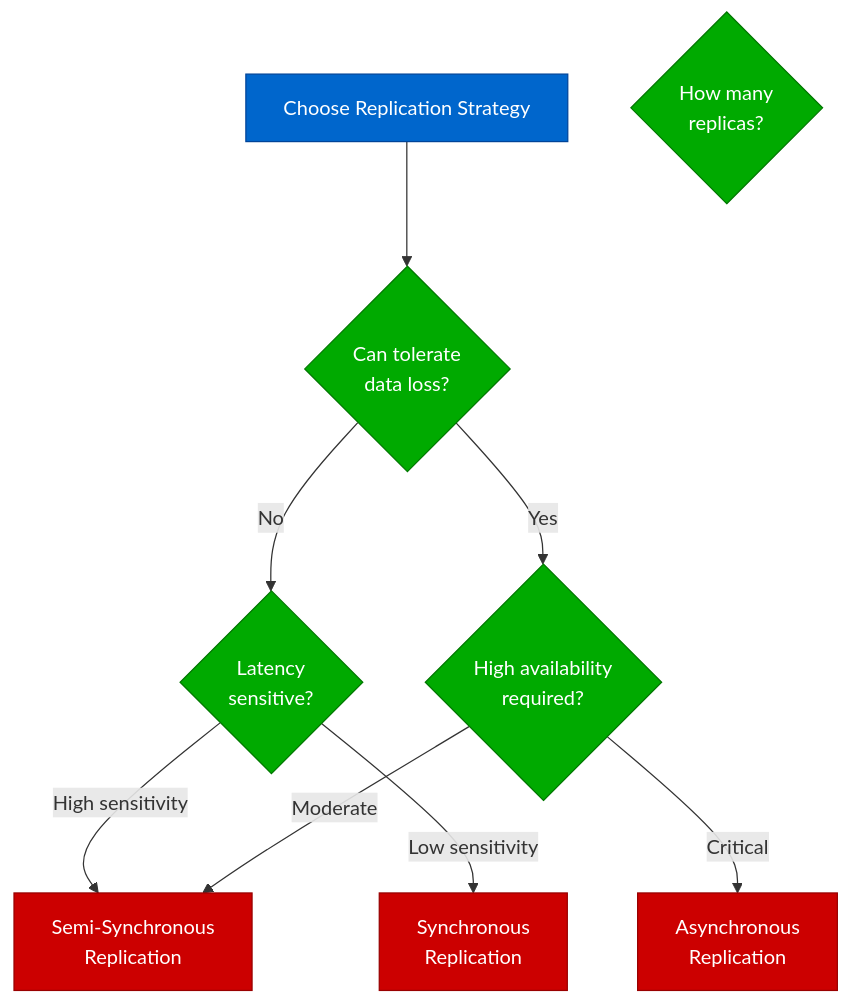
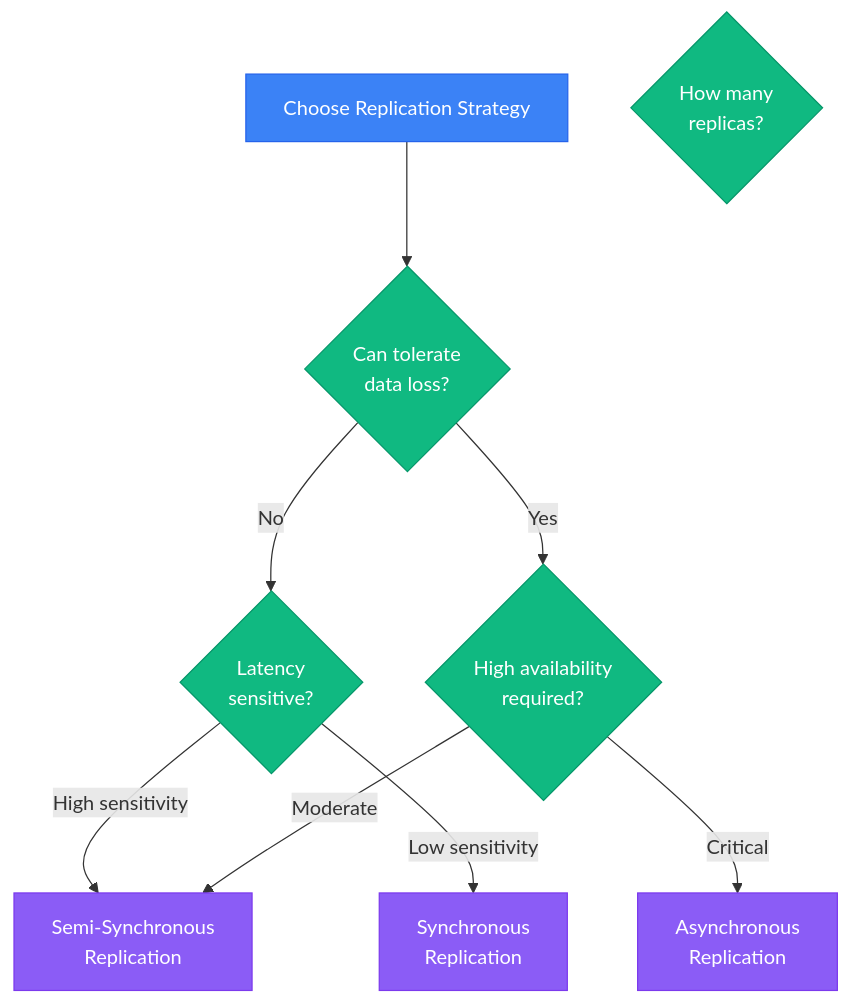
One commit to deepaucksharma/DS changed the seventh of 7 diagrams in site/docs/mechanisms/replication/replication-strategies.md. Above: the diagram before and after it, drawn with Mermaid. The commit also changed other lines of this file and 303 other files, not shown here.

````diff
--- a/site/docs/mechanisms/replication/replication-strategies.md
+++ b/site/docs/mechanisms/replication/replication-strategies.md
@@ -396,32 +396,32 @@
 ```mermaid
 flowchart TD
     START[Choose Replication Strategy]
 
     CONSISTENCY{Can tolerate<br/>data loss?}
     LATENCY{Latency<br/>sensitive?}
     AVAILABILITY{High availability<br/>required?}
     REPLICAS{How many<br/>replicas?}
 
     SYNC[Synchronous<br/>Replication]
     SEMI[Semi-Synchronous<br/>Replication]
     ASYNC[Asynchronous<br/>Replication]
 
     START --> CONSISTENCY
     CONSISTENCY -->|No| LATENCY
     CONSISTENCY -->|Yes| AVAILABILITY
 
     LATENCY -->|High sensitivity| SEMI
     LATENCY -->|Low sensitivity| SYNC
 
     AVAILABILITY -->|Critical| ASYNC
     AVAILABILITY -->|Moderate| SEMI
 
     %% Apply colors
-    classDef edgeStyle fill:#0066CC,stroke:#004499,color:#fff
-    classDef serviceStyle fill:#00AA00,stroke:#007700,color:#fff
-    classDef controlStyle fill:#CC0000,stroke:#990000,color:#fff
+    classDef edgeStyle fill:#3B82F6,stroke:#2563EB,color:#fff
+    classDef serviceStyle fill:#10B981,stroke:#059669,color:#fff
+    classDef controlStyle fill:#8B5CF6,stroke:#7C3AED,color:#fff
 
     class START edgeStyle
     class CONSISTENCY,LATENCY,AVAILABILITY,REPLICAS serviceStyle
     class SYNC,SEMI,ASYNC controlStyle
 ```
````
